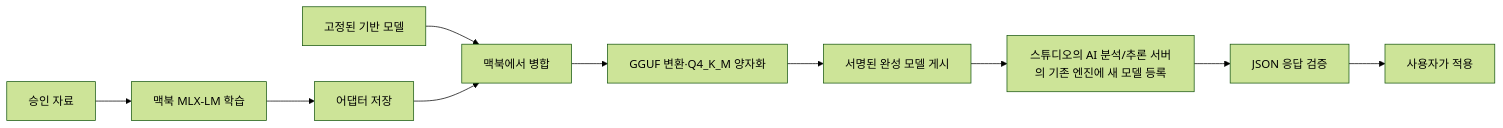
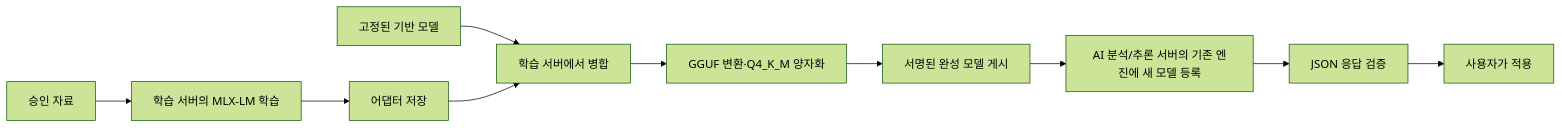
One commit to KimAgHuge/hackathon-ai changed the second of 2 diagrams in docs/02_시스템_아키텍처.md. Above: the diagram before and after it, drawn with Mermaid (forest theme). The commit also changed other lines of this file and 17 other files, not shown here.

````diff
--- a/docs/02_시스템_아키텍처.md
+++ b/docs/02_시스템_아키텍처.md
@@ -107,12 +106,12 @@
 ```mermaid
 flowchart LR
-    DATA["승인 자료"] --> LORA["맥북 MLX-LM 학습"]
+    DATA["승인 자료"] --> LORA["학습 서버의 MLX-LM 학습"]
     LORA --> ADAPTER["어댑터 저장"]
-    BASE["고정된 기반 모델"] --> FUSE["맥북에서 병합"]
+    BASE["고정된 기반 모델"] --> FUSE["학습 서버에서 병합"]
     ADAPTER --> FUSE
     FUSE --> GGUF["GGUF 변환·Q4_K_M 양자화"]
     GGUF --> NAS["서명된 완성 모델 게시"]
-    NAS --> REGISTER["스튜디오의 AI 분석/추론 서버의 기존 엔진에 새 모델 등록"]
+    NAS --> REGISTER["AI 분석/추론 서버의 기존 엔진에 새 모델 등록"]
     REGISTER --> PROBE["JSON 응답 검증"]
     PROBE --> APPLY["사용자가 적용"]
 ```
````
